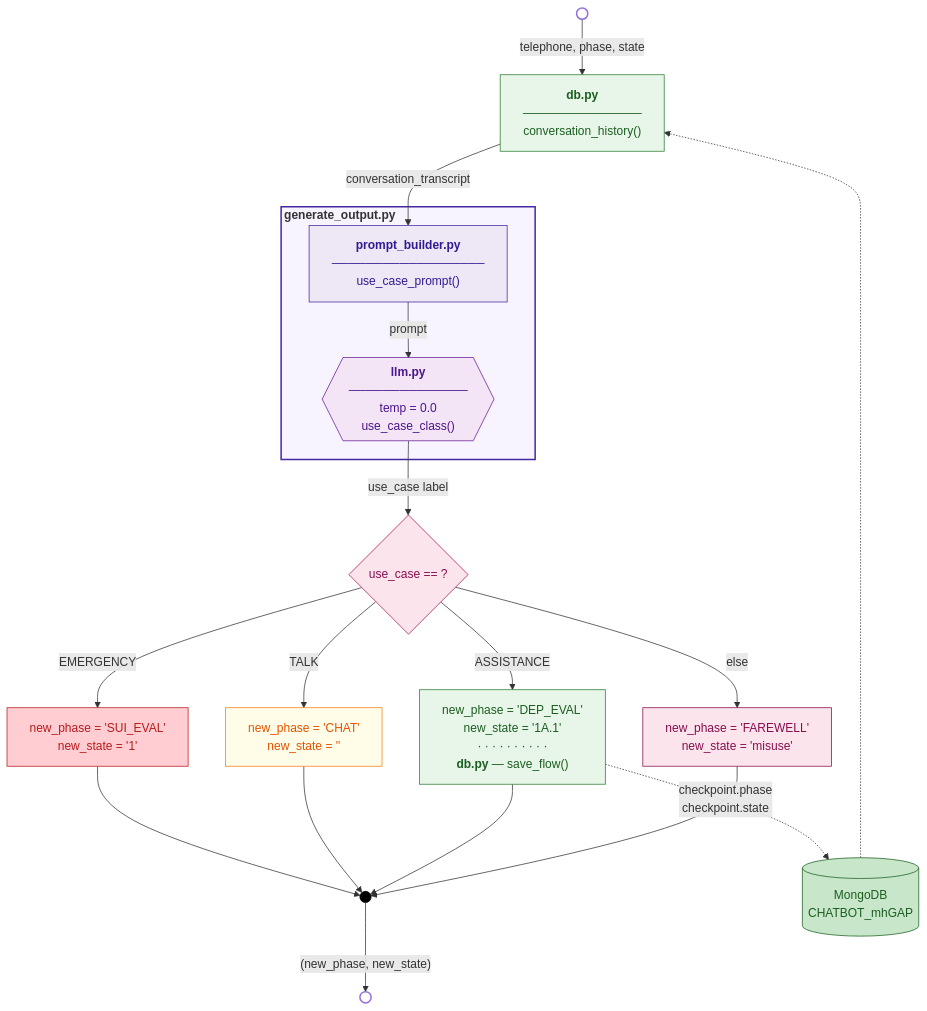
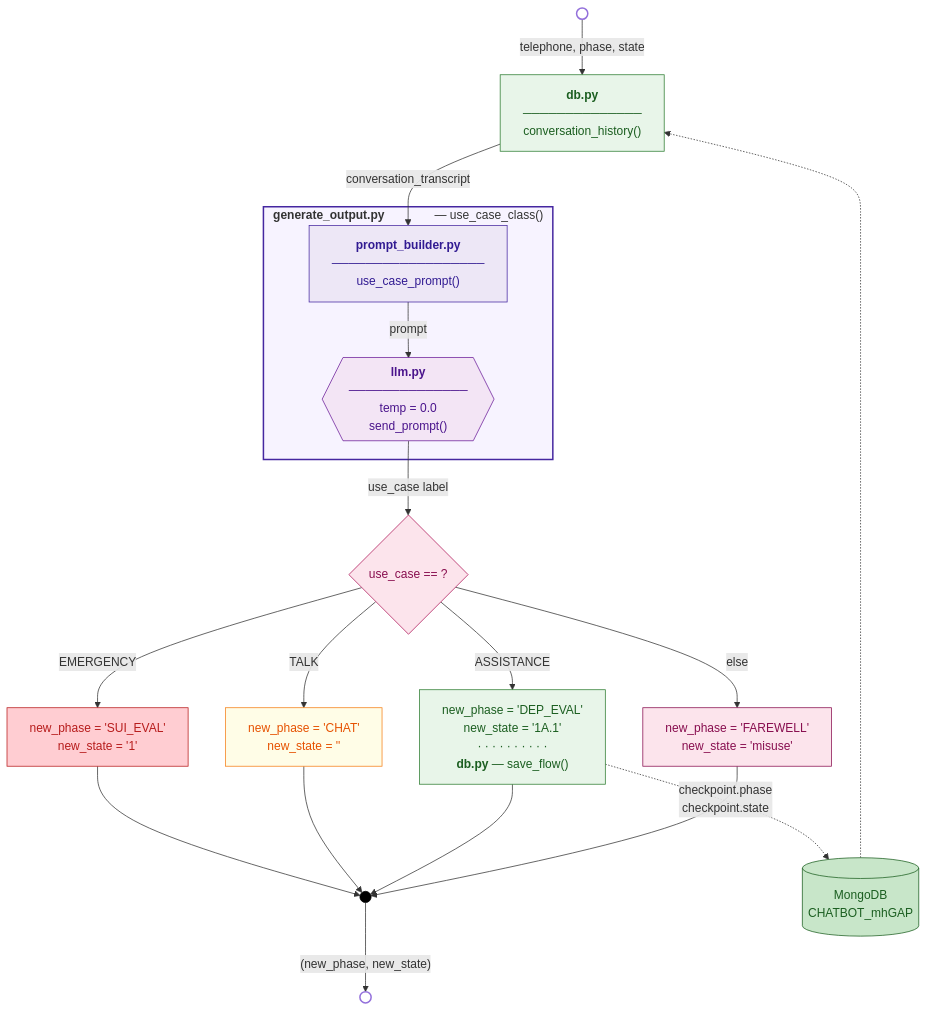
The diagram in diagrams/4_0_Use_case.md (JordiiQueralto/AURORA_mhGAP-IG_v2.0), drawn with Mermaid before and after one commit. The commit also changed 3 other files, not shown here.

Commit message:
use case eval and _generate_output diagrams

````diff
--- a/diagrams/4_0_Use_case.md
+++ b/diagrams/4_0_Use_case.md
@@ -1,54 +1,54 @@
 ```mermaid
 flowchart TD
 
     START(( )):::circle
     JUNCTION(( )):::junction
     FINISH(( )):::circle
 
     MONGO[("MongoDB<br/>CHATBOT_mhGAP")]:::db
 
     CTX["<b>db.py</b><br/>──────────────<br/>conversation_history()<br/>"]:::dbmod
 
-    subgraph UC_BLOCK["<b>generate_output.py &nbsp;&nbsp;&nbsp;&nbsp;&nbsp;&nbsp;&nbsp;&nbsp;&nbsp;&nbsp;&nbsp;&nbsp;&nbsp;&nbsp;&nbsp;&nbsp;&nbsp;&nbsp;&nbsp;&nbsp;&nbsp;&nbsp;&nbsp;&nbsp;&nbsp;&nbsp;&nbsp;&nbsp;&nbsp;&nbsp;&nbsp;&nbsp;&nbsp;&nbsp;&nbsp;&nbsp;&nbsp;&nbsp;&nbsp;&nbsp;</b>"]
+    subgraph UC_BLOCK["&nbsp;&nbsp;<b>generate_output.py &nbsp;&nbsp;&nbsp;&nbsp;&nbsp;&nbsp;&nbsp;&nbsp;&nbsp;&nbsp;&nbsp;&nbsp;&nbsp;&nbsp;</b>— use_case_class()&nbsp;&nbsp;"]
         PB["<b>prompt_builder.py</b><br/>──────────────────<br/>use_case_prompt()"]:::prompt
-        LLM{{"<b>llm.py</b><br/>──────────────<br/>temp = 0.0<br/>use_case_class()"}}:::llm
+        LLM{{"<b>llm.py</b><br/>──────────────<br/>temp = 0.0<br/>send_prompt()"}}:::llm
     end
 
     SWITCH{use_case == ?}:::decision
 
     EM["new_phase = 'SUI_EVAL'<br/>new_state = '1'"]:::emergency
 
     AS["new_phase = 'DEP_EVAL'<br/>new_state = '1A.1'<br/>· · · · · · · · · ·<br/><b>db.py</b> — save_flow()"]:::dbmod
 
     TK["new_phase = 'CHAT'<br/>new_state = ''"]:::flowblock
 
     MS["new_phase = 'FAREWELL'<br/>new_state = 'misuse'"]:::farewell
 
     START -->|"telephone, phase, state"| CTX
     CTX -->|"conversation_transcript"| PB
     PB -->|"prompt"| LLM
     LLM -->|"use_case label"| SWITCH
 
     SWITCH -->|"EMERGENCY"| EM --> JUNCTION
     SWITCH -->|"TALK"| TK --> JUNCTION
     SWITCH -->|"ASSISTANCE"| AS --> JUNCTION 
     SWITCH -->|"else"| MS --> JUNCTION
 
     MONGO -.-> CTX
     AS -.->|"checkpoint.phase\ncheckpoint.state"| MONGO
 
     JUNCTION -->|"(new_phase, new_state)"| FINISH
 
     classDef circle    fill:#ffffff,stroke:#9370db,stroke-width:2px,color:#ffffff
     classDef junction  fill:#000000,stroke:#000000,color:#000000
     classDef decision  fill:#fce4ec,stroke:#ad1457,color:#880e4f
     classDef dbmod     fill:#e8f5e9,stroke:#2e7d32,color:#1b5e20
     classDef db        fill:#c8e6c9,stroke:#1b5e20,color:#1b5e20
     classDef prompt    fill:#ede7f6,stroke:#4527a0,color:#311b92
     classDef llm       fill:#f3e5f5,stroke:#6a1b9a,color:#4a148c
     classDef flowblock fill:#fffde7,stroke:#f57f17,color:#e65100
     classDef emergency fill:#ffcdd2,stroke:#b71c1c,color:#b71c1c
     classDef farewell  fill:#fce4ec,stroke:#880e4f,color:#880e4f
 
     style UC_BLOCK fill:#f7f3ff,stroke:#4527a0,stroke-width:2px
 ```
````
